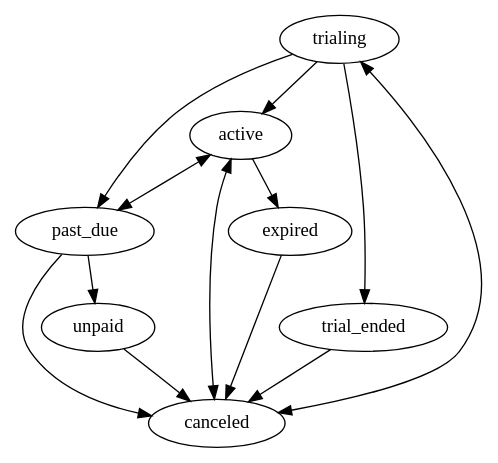
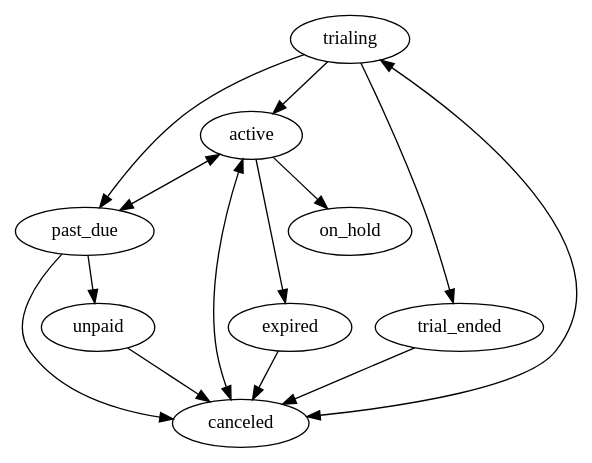
One commit to wsmoak/chargify-examples changed the diagram in subscription-states/subscription_states.dot. Above: the diagram before and after it, drawn with Graphviz.

Commit message:
Update on-hold status

```diff
--- a/subscription-states/subscription_states.dot
+++ b/subscription-states/subscription_states.dot
@@ -1,18 +1,19 @@
 digraph subscription_states {
  concentrate=true;
  trialing -> active;
  trialing -> trial_ended;
  trialing -> past_due;
  trialing -> canceled;
  trial_ended -> canceled;
  active -> canceled;
  active -> past_due;
  active -> expired;
+ active -> on_hold
  past_due -> unpaid;
  past_due -> active;
  past_due -> canceled;
  unpaid -> canceled;
  expired -> canceled;
  canceled -> active;
  canceled -> trialing;
 }
```
